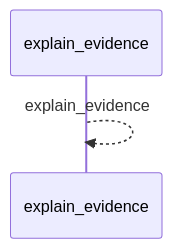
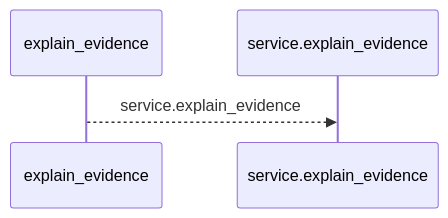
Before and after one commit to Denissvgn/python-wiki-llm: the first of 2 diagrams in docs/llm_wiki/flows/mcp-explain_evidence.md, drawn with Mermaid. The commit also changed other lines of this file and 719 other files, not shown here.

````diff
--- a/docs/llm_wiki/flows/mcp-explain_evidence.md
+++ b/docs/llm_wiki/flows/mcp-explain_evidence.md
@@ -10,5 +10,6 @@
 ```mermaid
 sequenceDiagram
     participant p0 as explain_evidence
-    p0-->>p0: explain_evidence
+    participant p1 as service.explain_evidence
+    p0-->>p1: service.explain_evidence
 ```
````
